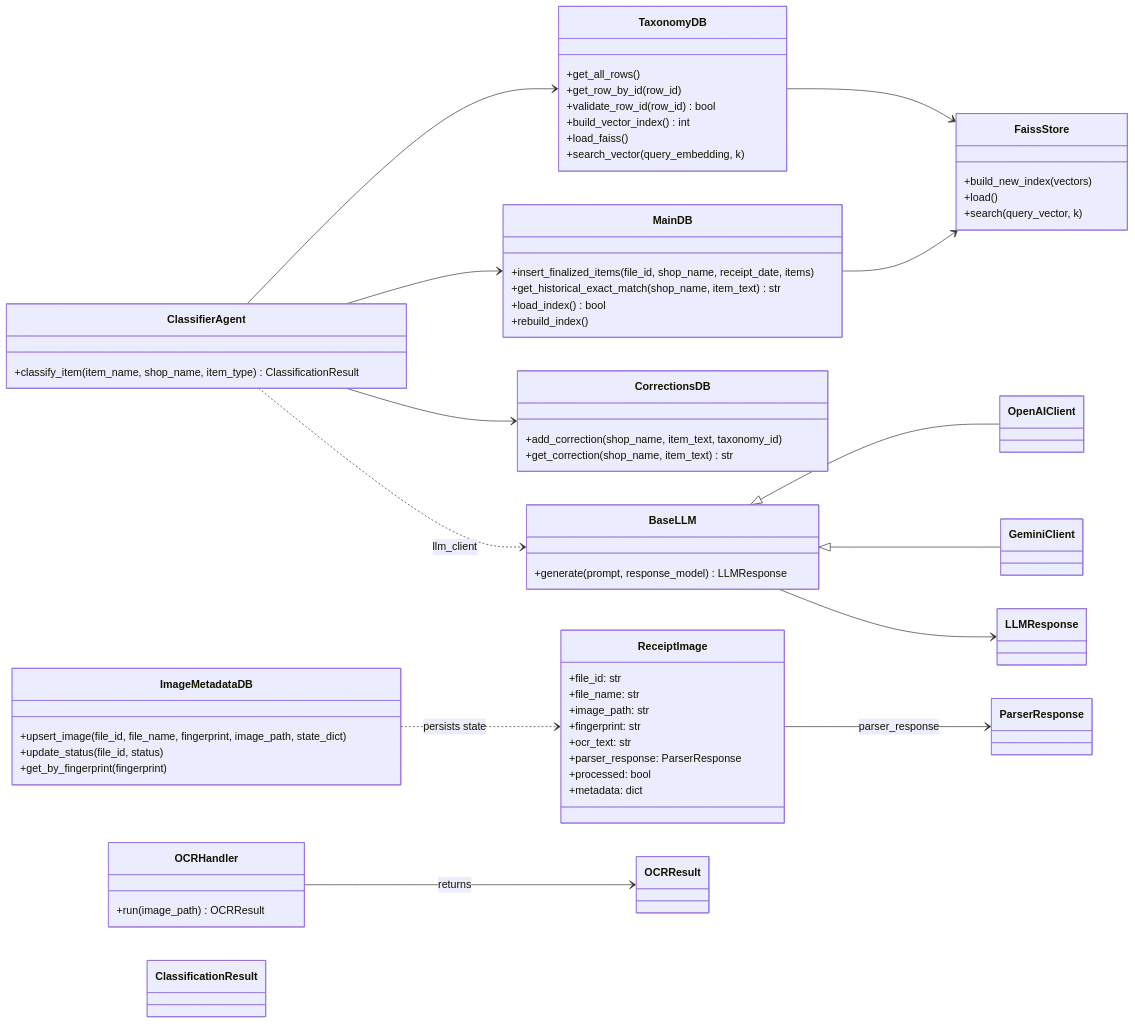
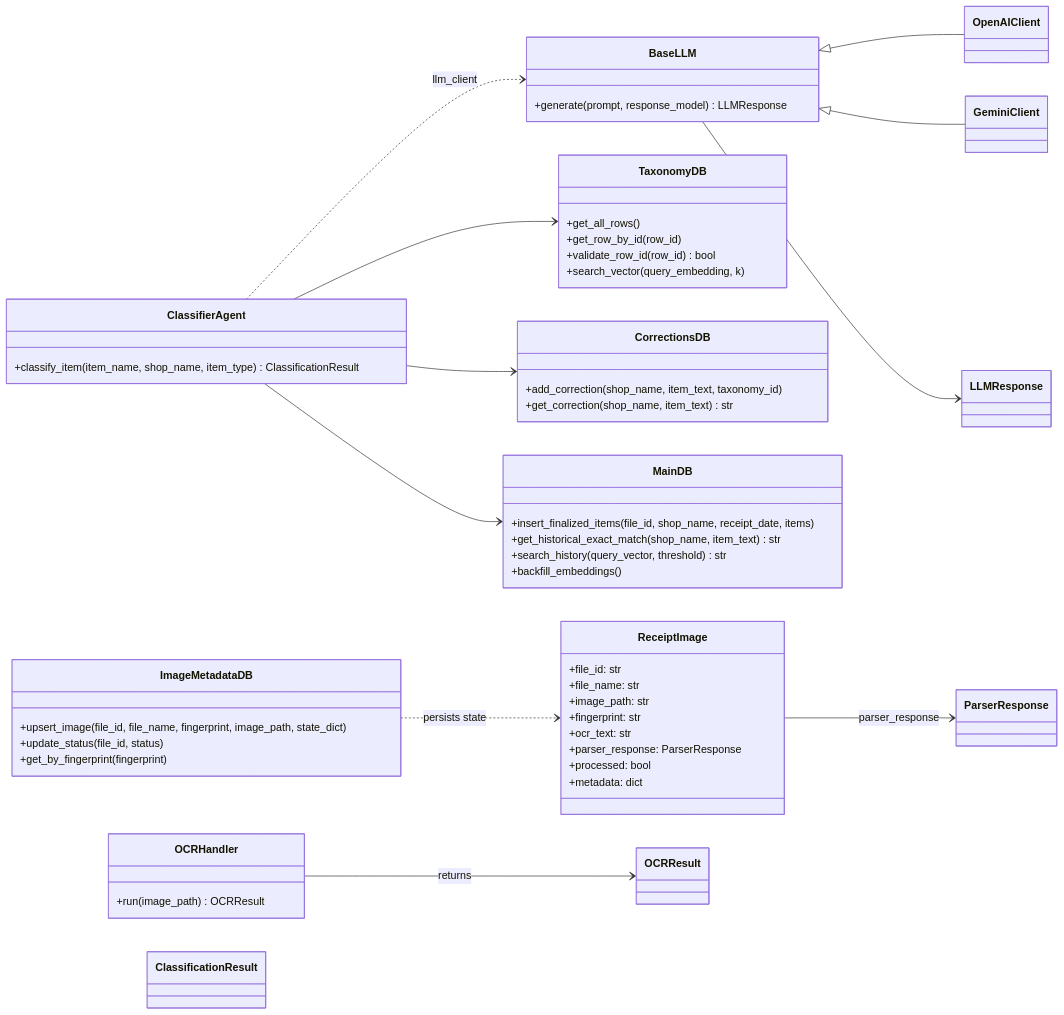
Before and after one commit to yashg505/expense_manager: the diagram in docs/diagrams/core-classes.mmd, drawn with Mermaid. The commit also changed 25 other files, not shown here.

```diff
--- a/docs/diagrams/core-classes.mmd
+++ b/docs/diagrams/core-classes.mmd
@@ -1,79 +1,69 @@
 classDiagram
 direction LR
 
 class OCRHandler {
   +run(image_path) OCRResult
 }
 
 class ReceiptImage {
   +file_id: str
   +file_name: str
   +image_path: str
   +fingerprint: str
   +ocr_text: str
   +parser_response: ParserResponse
   +processed: bool
   +metadata: dict
 }
 
 class ClassifierAgent {
   +classify_item(item_name, shop_name, item_type) ClassificationResult
 }
 
 class TaxonomyDB {
   +get_all_rows()
   +get_row_by_id(row_id)
   +validate_row_id(row_id) bool
-  +build_vector_index() int
-  +load_faiss()
   +search_vector(query_embedding, k)
 }
 
 class CorrectionsDB {
   +add_correction(shop_name, item_text, taxonomy_id)
   +get_correction(shop_name, item_text) str
 }
 
 class MainDB {
   +insert_finalized_items(file_id, shop_name, receipt_date, items)
   +get_historical_exact_match(shop_name, item_text) str
-  +load_index() bool
-  +rebuild_index()
+  +search_history(query_vector, threshold) str
+  +backfill_embeddings()
 }
 
 class ImageMetadataDB {
   +upsert_image(file_id, file_name, fingerprint, image_path, state_dict)
   +update_status(file_id, status)
   +get_by_fingerprint(fingerprint)
-}
-
-class FaissStore {
-  +build_new_index(vectors)
-  +load()
-  +search(query_vector, k)
 }
 
 class BaseLLM {
   +generate(prompt, response_model) LLMResponse
 }
 
 class OpenAIClient
 class GeminiClient
 class LLMResponse
 class OCRResult
 class ParserResponse
 class ClassificationResult
 
 ReceiptImage --> ParserResponse : parser_response
 OCRHandler --> OCRResult : returns
 ClassifierAgent --> TaxonomyDB
 ClassifierAgent --> CorrectionsDB
 ClassifierAgent --> MainDB
 ClassifierAgent ..> BaseLLM : llm_client
-TaxonomyDB --> FaissStore
-MainDB --> FaissStore
 ImageMetadataDB ..> ReceiptImage : persists state
 
 BaseLLM <|-- OpenAIClient
 BaseLLM <|-- GeminiClient
 BaseLLM --> LLMResponse
```
